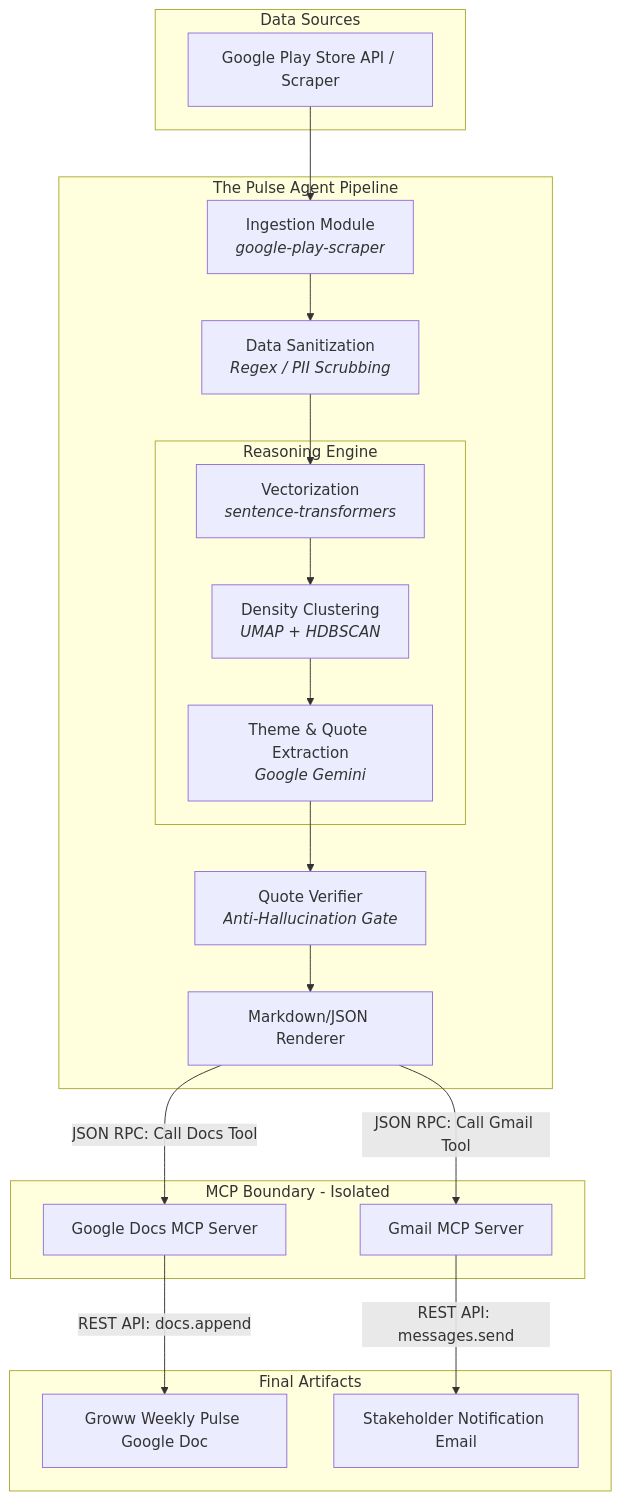
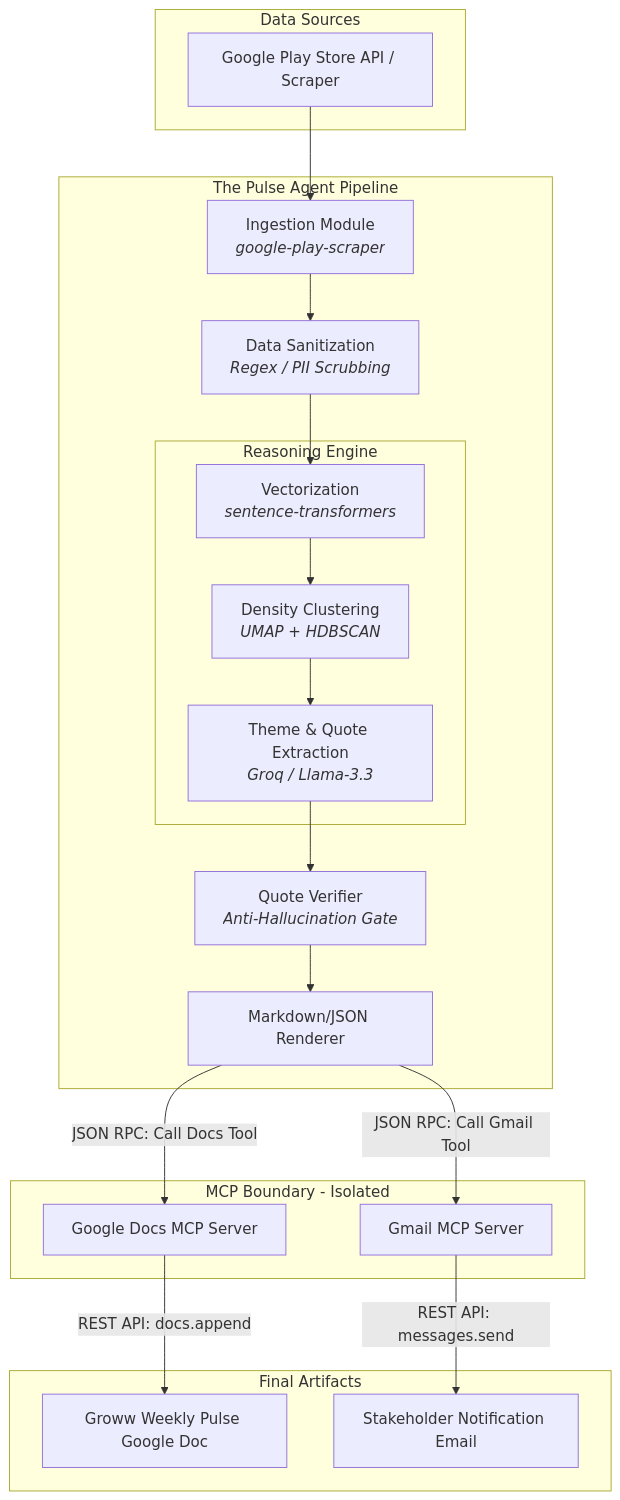
Before and after one commit to aishwary-bangre/Groww-Weekly-Digest: the first of 3 diagrams in Architecture.md, drawn with Mermaid. The commit also changed other lines of this file, not shown here.

Commit message:
docs: Update architecture LLM to Groq

````diff
--- a/Architecture.md
+++ b/Architecture.md
@@ -9,44 +9,44 @@
 ```mermaid
 flowchart TD
     subgraph Data Sources
         GP[Google Play Store API / Scraper]
     end
 
     subgraph The Pulse Agent Pipeline
         Ingest[Ingestion Module<br><i>google-play-scraper</i>]
         Clean[Data Sanitization<br><i>Regex / PII Scrubbing</i>]
         
         subgraph Reasoning Engine
             Embed[Vectorization<br><i>sentence-transformers</i>]
             Cluster[Density Clustering<br><i>UMAP + HDBSCAN</i>]
-            LLM[Theme & Quote Extraction<br><i>Google Gemini</i>]
+            LLM[Theme & Quote Extraction<br><i>Groq / Llama-3.3</i>]
         end
         
         Validate[Quote Verifier<br><i>Anti-Hallucination Gate</i>]
         Render[Markdown/JSON Renderer]
     end
 
     subgraph MCP Boundary - Isolated
         DocsMCP[Google Docs MCP Server]
         GmailMCP[Gmail MCP Server]
     end
 
     subgraph Final Artifacts
         Doc[Groww Weekly Pulse Google Doc]
         Email[Stakeholder Notification Email]
     end
 
     GP --> Ingest
     Ingest --> Clean
     Clean --> Embed
     Embed --> Cluster
     Cluster --> LLM
     LLM --> Validate
     Validate --> Render
     
     Render -->|JSON RPC: Call Docs Tool| DocsMCP
     Render -->|JSON RPC: Call Gmail Tool| GmailMCP
     
     DocsMCP -->|REST API: docs.append| Doc
     GmailMCP -->|REST API: messages.send| Email
 ```
````
